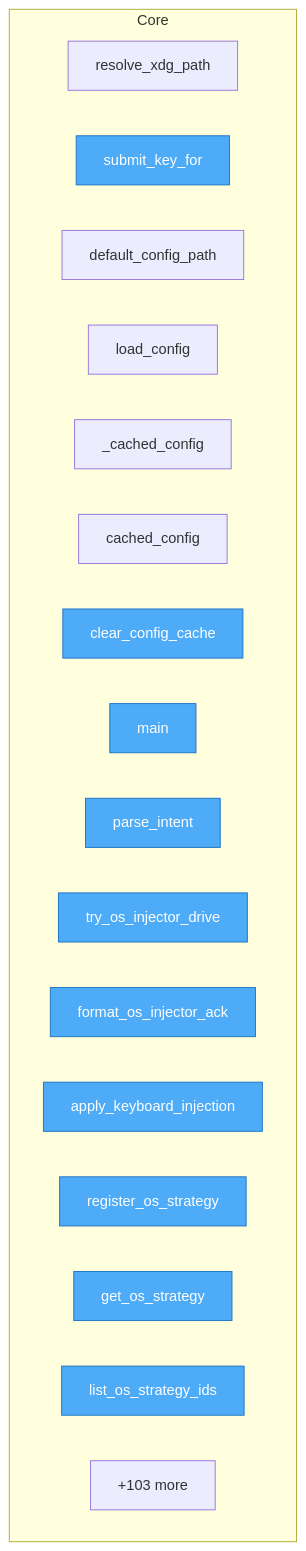
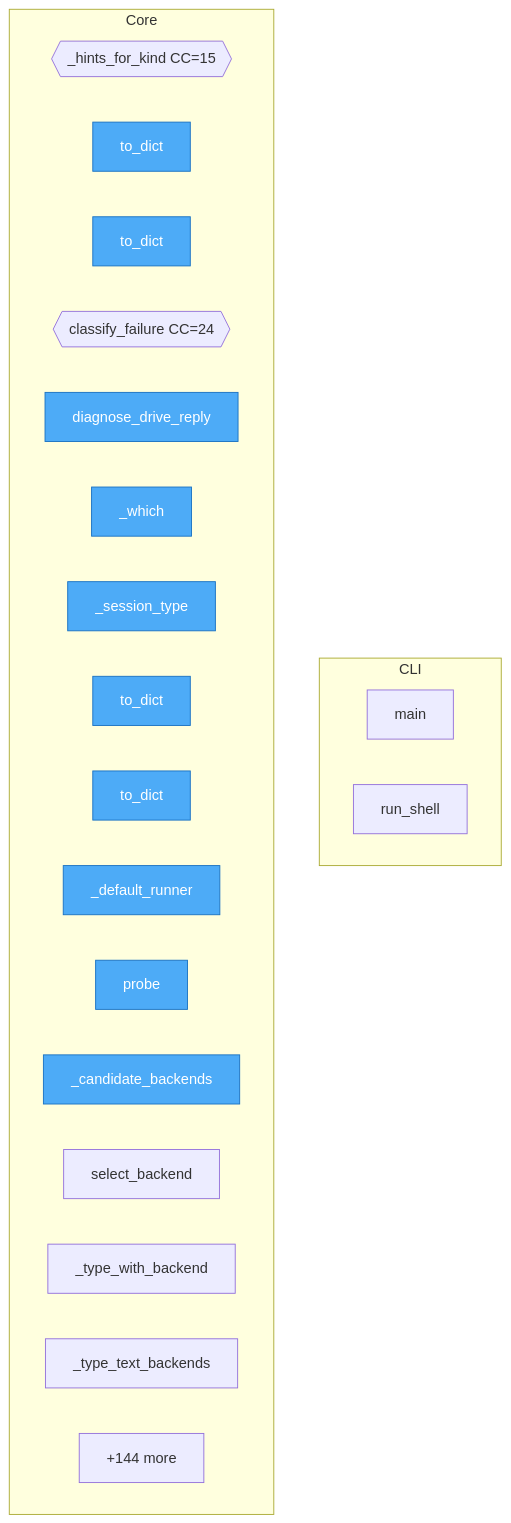
One commit to semcod/gillm changed the diagram in project/flow.mmd. Above: the diagram before and after it, drawn with Mermaid. The commit also changed 118 other files, not shown here.

```diff
--- a/project/flow.mmd
+++ b/project/flow.mmd
@@ -1,26 +1,31 @@
 flowchart TD
-%% generated in 0.00s
+%% generated in 0.01s
 
     %% Entry points (blue)
     classDef entry fill:#4dabf7,stroke:#1971c2,color:#fff
 
-    subgraph Core
-        src__gillm__config__resolve_xdg_path["resolve_xdg_path"]
-        src__gillm__config__AutopilotConfig__submit_key_for["submit_key_for"]
-        src__gillm__config__default_config_path["default_config_path"]
-        src__gillm__config__load_config["load_config"]
-        src__gillm__config___cached_config["_cached_config"]
-        src__gillm__config__cached_config["cached_config"]
-        src__gillm__config__clear_config_cache["clear_config_cache"]
-        src__gillm__cli__main__main["main"]
-        src__gillm__nlp_bridge__client__NLPBridgeClient__parse_intent["parse_intent"]
-        src__gillm__injection__drive_backend__try_os_injector_drive["try_os_injector_drive"]
-        src__gillm__injection__drive_backend__format_os_injector_ack["format_os_injector_ack"]
-        src__gillm__injection__drive_backend__apply_keyboard_injection["apply_keyboard_injection"]
-        src__gillm__focus__registry__register_os_strategy["register_os_strategy"]
-        src__gillm__focus__registry__get_os_strategy["get_os_strategy"]
-        src__gillm__focus__registry__list_os_strategy_ids["list_os_strategy_ids"]
-        ...["+103 more"]
+    subgraph CLI
+        packages__cli2gillm__src__cli2gillm__cli__main["main"]
+        packages__cli2gillm__src__cli2gillm__shell__run_shell["run_shell"]
     end
 
-    class src__gillm__config__AutopilotConfig__submit_key_for,src__gillm__config__clear_config_cache,src__gillm__cli__main__main,src__gillm__nlp_bridge__client__NLPBridgeClient__parse_intent,src__gillm__injection__drive_backend__try_os_injector_drive,src__gillm__injection__drive_backend__format_os_injector_ack,src__gillm__injection__drive_backend__apply_keyboard_injection,src__gillm__focus__registry__register_os_strategy,src__gillm__focus__registry__get_os_strategy,src__gillm__focus__registry__list_os_strategy_ids entry
+    subgraph Core
+        src__gillm__recovery__repair_hints___hints_for_kind{{_hints_for_kind CC=15}}
+        src__gillm__recovery__diagnose__EnvironmentDiagnostics__to_dict["to_dict"]
+        src__gillm__recovery__diagnose__DriveFailureContext__to_dict["to_dict"]
+        src__gillm__recovery__diagnose__classify_failure{{classify_failure CC=24}}
+        src__gillm__recovery__diagnose__diagnose_drive_reply["diagnose_drive_reply"]
+        src__gillm__injection__injector___which["_which"]
+        src__gillm__injection__injector___session_type["_session_type"]
+        src__gillm__injection__injector__BackendStatus__to_dict["to_dict"]
+        src__gillm__injection__injector__InjectionResult__to_dict["to_dict"]
+        src__gillm__injection__injector___default_runner["_default_runner"]
+        src__gillm__injection__injector__Injector__probe["probe"]
+        src__gillm__injection__injector__Injector___candidate_backends["_candidate_backends"]
+        src__gillm__injection__injector__Injector__select_backend["select_backend"]
+        src__gillm__injection__injector__Injector___type_with_backend["_type_with_backend"]
+        src__gillm__injection__injector__Injector___type_text_backends["_type_text_backends"]
+        ...["+144 more"]
+    end
+
+    class src__gillm__recovery__diagnose__EnvironmentDiagnostics__to_dict,src__gillm__recovery__diagnose__DriveFailureContext__to_dict,src__gillm__recovery__diagnose__diagnose_drive_reply,src__gillm__injection__injector___which,src__gillm__injection__injector___session_type,src__gillm__injection__injector__BackendStatus__to_dict,src__gillm__injection__injector__InjectionResult__to_dict,src__gillm__injection__injector___default_runner,src__gillm__injection__injector__Injector__probe,src__gillm__injection__injector__Injector___candidate_backends entry
```
